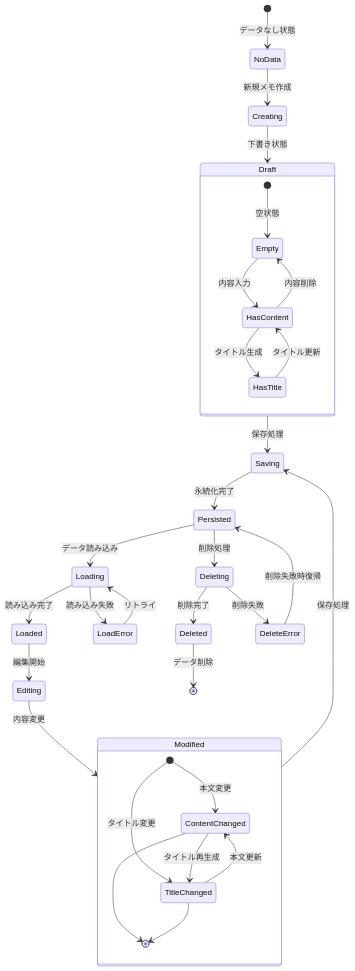
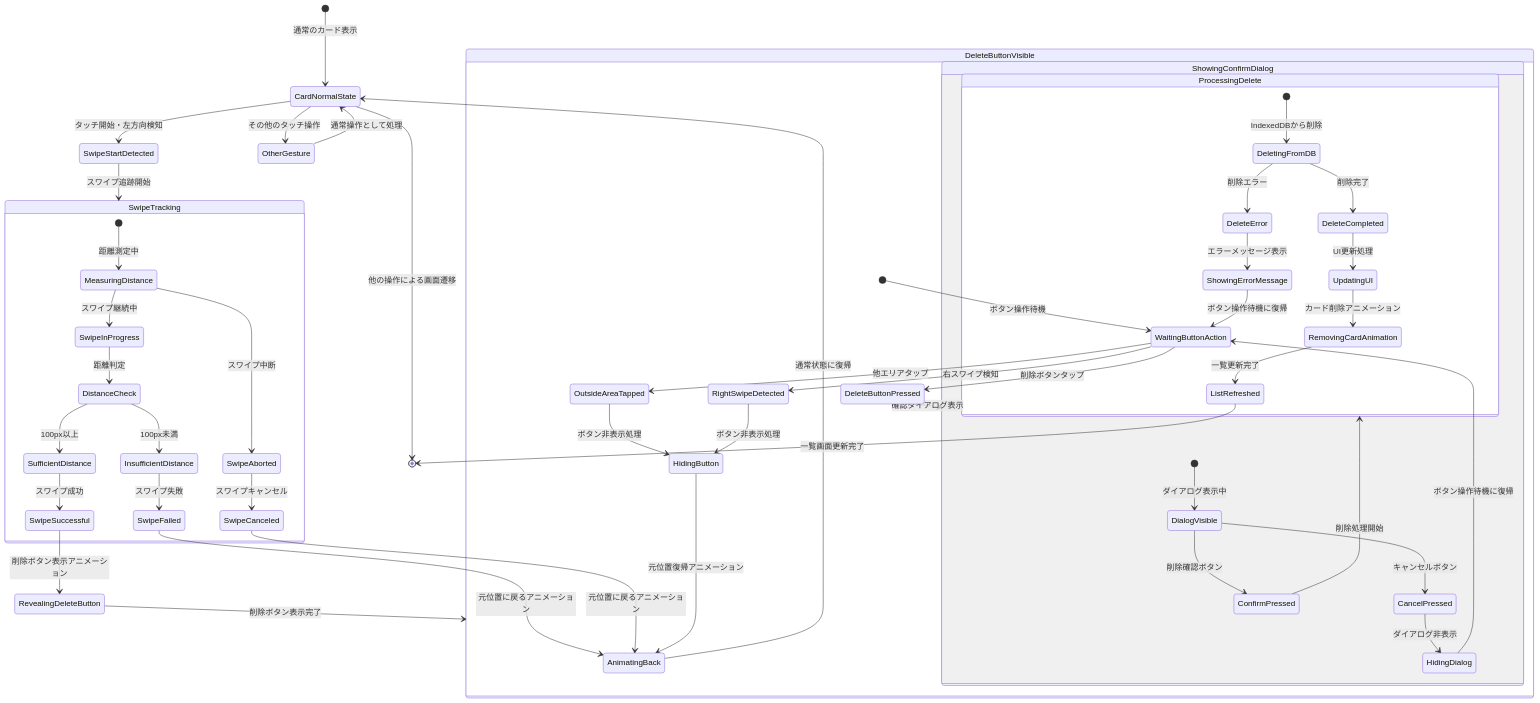
One commit to KajiyaManzou/ai-MyNotes changed the fourth of 6 diagrams in stateTransition.md. Above: the diagram before and after it, drawn with Mermaid. The commit also changed other lines of this file and 4 other files, not shown here.

````diff
--- a/stateTransition.md
+++ b/stateTransition.md
@@ -117,42 +245,73 @@
 ```mermaid
 stateDiagram-v2
-    [*] --> NoData : データなし状態
+    [*] --> CardNormalState : 通常のカード表示
     
-    NoData --> Creating : 新規メモ作成
-    Creating --> Draft : 下書き状態
-    Draft --> Saving : 保存処理
-    Saving --> Persisted : 永続化完了
+    CardNormalState --> SwipeStartDetected : タッチ開始・左方向検知
+    CardNormalState --> OtherGesture : その他のタッチ操作
     
-    Persisted --> Loading : データ読み込み
-    Loading --> Loaded : 読み込み完了
-    Loading --> LoadError : 読み込み失敗
+    OtherGesture --> CardNormalState : 通常操作として処理
     
-    Loaded --> Editing : 編集開始
-    Editing --> Modified : 内容変更
-    Modified --> Saving : 保存処理
+    SwipeStartDetected --> SwipeTracking : スワイプ追跡開始
     
-    Persisted --> Deleting : 削除処理
-    Deleting --> Deleted : 削除完了
-    Deleting --> DeleteError : 削除失敗
-    
-    Deleted --> [*] : データ削除
-    LoadError --> Loading : リトライ
-    DeleteError --> Persisted : 削除失敗時復帰
-    
-    state Draft {
-        [*] --> Empty : 空状態
-        Empty --> HasContent : 内容入力
-        HasContent --> Empty : 内容削除
-        HasContent --> HasTitle : タイトル生成
-        HasTitle --> HasContent : タイトル更新
+    state SwipeTracking {
+        [*] --> MeasuringDistance : 距離測定中
+        MeasuringDistance --> SwipeInProgress : スワイプ継続中
+        MeasuringDistance --> SwipeAborted : スワイプ中断
+        
+        SwipeInProgress --> DistanceCheck : 距離判定
+        DistanceCheck --> InsufficientDistance : 100px未満
+        DistanceCheck --> SufficientDistance : 100px以上
+        
+        InsufficientDistance --> SwipeFailed : スワイプ失敗
+        SufficientDistance --> SwipeSuccessful : スワイプ成功
+        
+        SwipeAborted --> SwipeCanceled : スワイプキャンセル
     }
     
-    state Modified {
-        [*] --> ContentChanged : 本文変更
-        [*] --> TitleChanged : タイトル変更
-        ContentChanged --> TitleChanged : タイトル再生成
-        TitleChanged --> ContentChanged : 本文更新
-        ContentChanged --> [*]
-        TitleChanged --> [*]
+    SwipeFailed --> AnimatingBack : 元位置に戻るアニメーション
+    SwipeCanceled --> AnimatingBack : 元位置に戻るアニメーション
+    AnimatingBack --> CardNormalState : 通常状態に復帰
+    
+    SwipeSuccessful --> RevealingDeleteButton : 削除ボタン表示アニメーション
+    RevealingDeleteButton --> DeleteButtonVisible : 削除ボタン表示完了
+    
+    state DeleteButtonVisible {
+        [*] --> WaitingButtonAction : ボタン操作待機
+        WaitingButtonAction --> DeleteButtonPressed : 削除ボタンタップ
+        WaitingButtonAction --> OutsideAreaTapped : 他エリアタップ
+        WaitingButtonAction --> RightSwipeDetected : 右スワイプ検知
+        
+        OutsideAreaTapped --> HidingButton : ボタン非表示処理
+        RightSwipeDetected --> HidingButton : ボタン非表示処理
+        HidingButton --> AnimatingBack : 元位置復帰アニメーション
+        
+        DeleteButtonPressed --> ShowingConfirmDialog : 確認ダイアログ表示
+        
+        state ShowingConfirmDialog {
+            [*] --> DialogVisible : ダイアログ表示中
+            DialogVisible --> ConfirmPressed : 削除確認ボタン
+            DialogVisible --> CancelPressed : キャンセルボタン
+            
+            CancelPressed --> HidingDialog : ダイアログ非表示
+            HidingDialog --> WaitingButtonAction : ボタン操作待機に復帰
+            
+            ConfirmPressed --> ProcessingDelete : 削除処理開始
+            
+            state ProcessingDelete {
+                [*] --> DeletingFromDB : IndexedDBから削除
+                DeletingFromDB --> DeleteCompleted : 削除完了
+                DeletingFromDB --> DeleteError : 削除エラー
+                
+                DeleteCompleted --> UpdatingUI : UI更新処理
+                UpdatingUI --> RemovingCardAnimation : カード削除アニメーション
+                RemovingCardAnimation --> ListRefreshed : 一覧更新完了
+                
+                DeleteError --> ShowingErrorMessage : エラーメッセージ表示
+                ShowingErrorMessage --> WaitingButtonAction : ボタン操作待機に復帰
+            }
+        }
     }
+    
+    ListRefreshed --> [*] : 一覧画面更新完了
+    CardNormalState --> [*] : 他の操作による画面遷移
 ```
````
